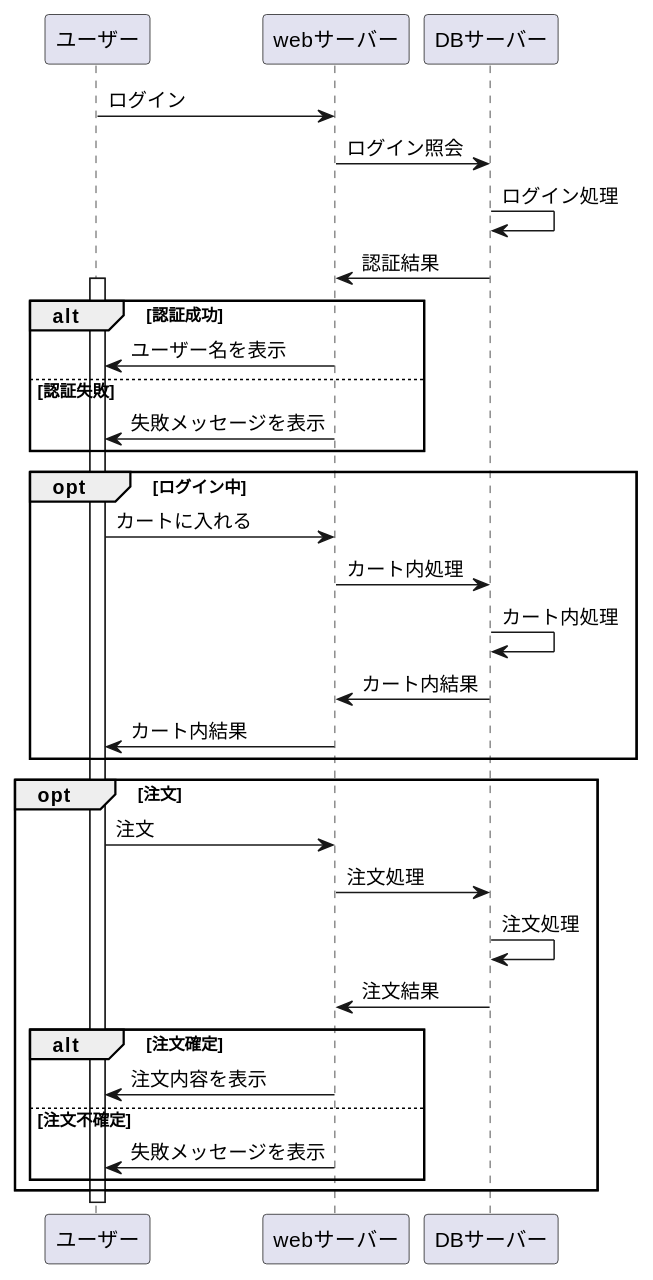
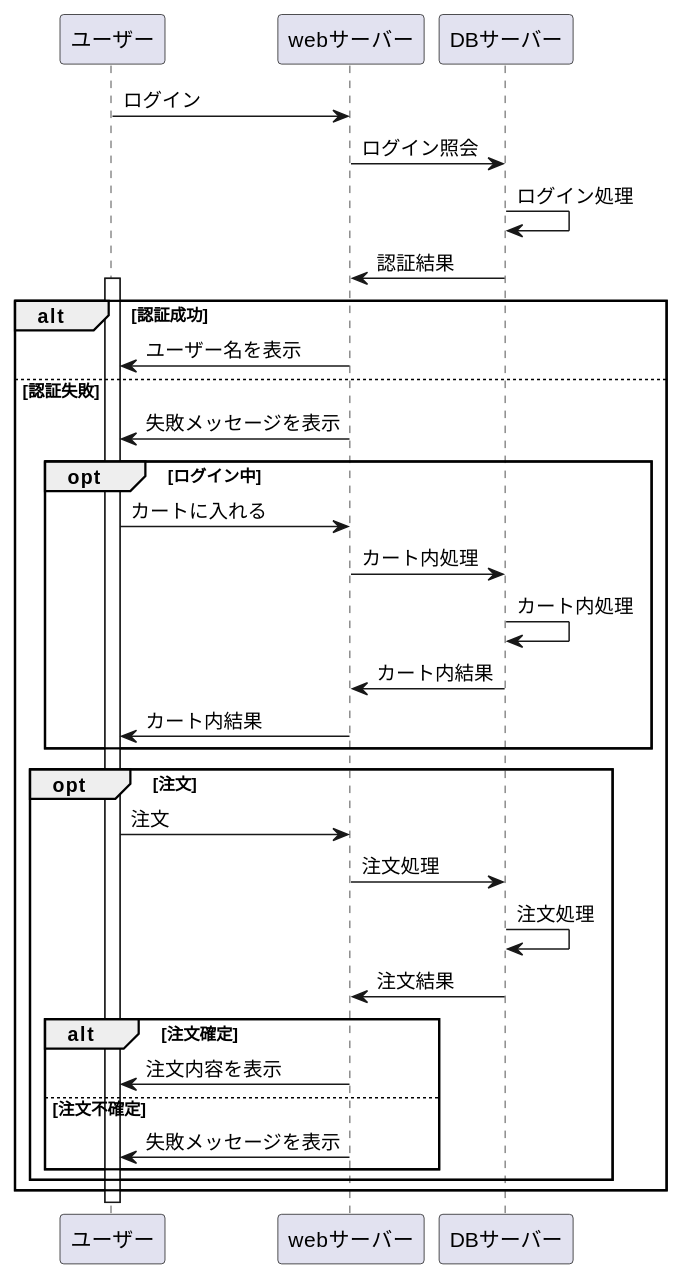
One commit to Aso2001007/System4 changed the diagram in 02_業務フロー/注文.md. Above: the diagram before and after it, drawn with PlantUML. The commit also changed other lines of this file, not shown here.

````diff
--- a/02_業務フロー/注文.md
+++ b/02_業務フロー/注文.md
@@ -1,36 +1,36 @@
 ```uml
 @startuml
 ユーザー -> webサーバー : ログイン
 webサーバー -> DBサーバー : ログイン照会
 DBサーバー -> DBサーバー : ログイン処理
 DBサーバー -> webサーバー : 認証結果
 
 activate ユーザー
 alt 認証成功
 webサーバー -> ユーザー : ユーザー名を表示
 else 認証失敗
 webサーバー -> ユーザー : 失敗メッセージを表示
-end
 
 opt ログイン中
 ユーザー -> webサーバー : カートに入れる
 webサーバー -> DBサーバー : カート内処理
 DBサーバー -> DBサーバー : カート内処理
 DBサーバー -> webサーバー : カート内結果
 webサーバー -> ユーザー : カート内結果
 end
 
 opt 注文
 ユーザー -> webサーバー : 注文
 webサーバー -> DBサーバー : 注文処理
 DBサーバー -> DBサーバー : 注文処理
 DBサーバー -> webサーバー : 注文結果
 alt 注文確定
 webサーバー -> ユーザー : 注文内容を表示
 else 注文不確定
 webサーバー -> ユーザー : 失敗メッセージを表示
 end
 end
+end
 
 @enduml
 ```
````
